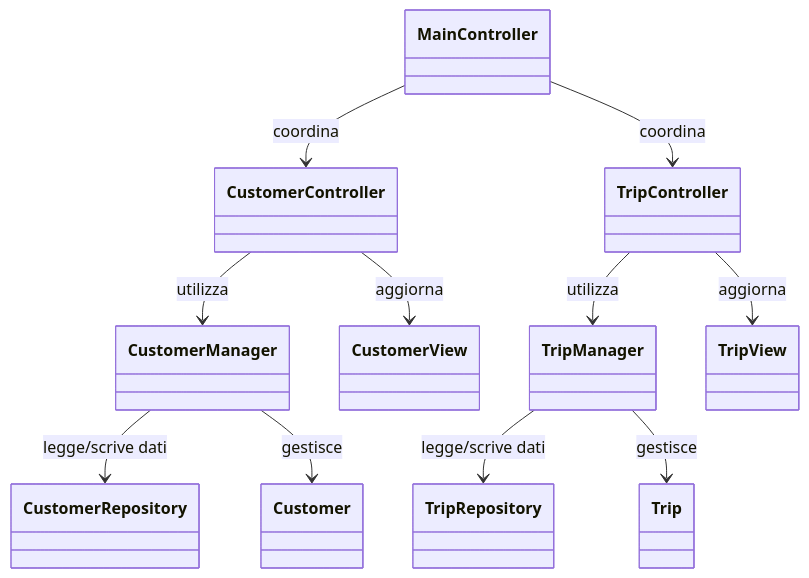
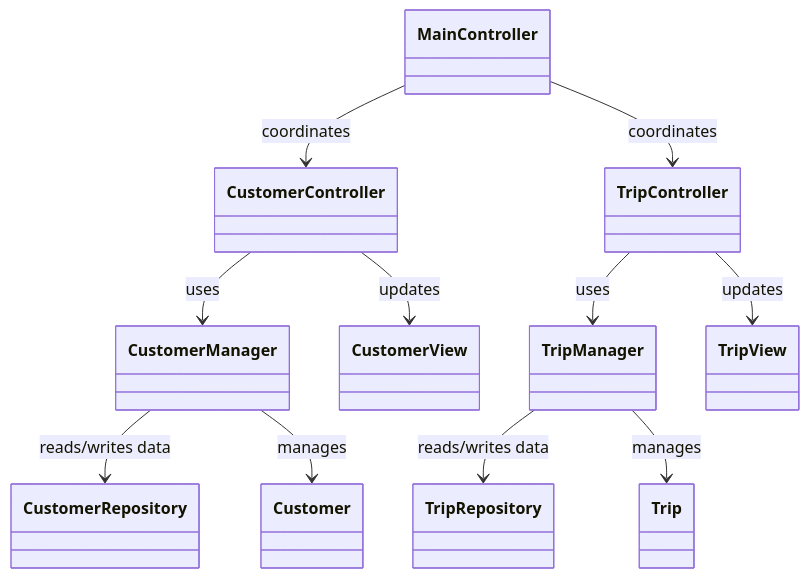
The fourth of 14 diagrams in README.md (Alex-Cambrini/pss24-25-WasteMaster-Cambrini-Ferrari-Ragazzini), drawn with Mermaid before and after one commit. The commit also changed other lines of this file, not shown here.

````diff
--- a/README.md
+++ b/README.md
@@ -258,32 +269,32 @@
 ```mermaid
 classDiagram
 class Customer
 class Trip
 
 class CustomerManager
 class TripManager
 
 class CustomerController
 class TripController
 class MainController
 
 class CustomerRepository
 class TripRepository
 
 class CustomerView
 class TripView
 
-MainController --> CustomerController : coordina
-MainController --> TripController : coordina
+MainController --> CustomerController : coordinates
+MainController --> TripController : coordinates
 
-CustomerController --> CustomerManager : utilizza
-CustomerController --> CustomerView : aggiorna
+CustomerController --> CustomerManager : uses
+CustomerController --> CustomerView : updates
 
-TripController --> TripManager : utilizza
-TripController --> TripView : aggiorna
+TripController --> TripManager : uses
+TripController --> TripView : updates
 
-CustomerManager --> CustomerRepository : legge/scrive dati
-TripManager --> TripRepository : legge/scrive dati
-CustomerManager --> Customer : gestisce
-TripManager --> Trip : gestisce
+CustomerManager --> CustomerRepository : reads/writes data
+TripManager --> TripRepository : reads/writes data
+CustomerManager --> Customer : manages
+TripManager --> Trip : manages
 ```
````
